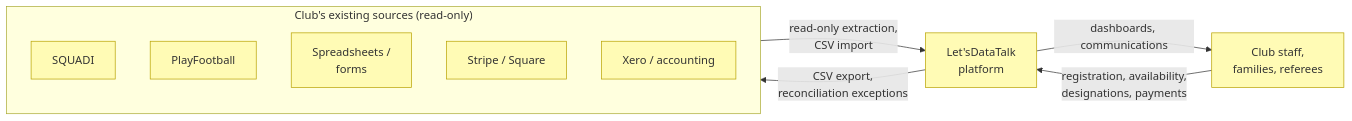
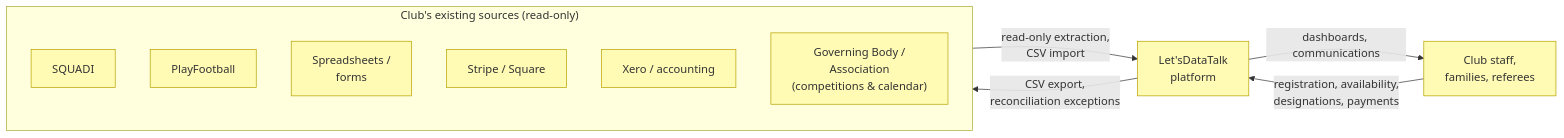
One commit to DataME2/ia-architect changed the diagram in docs/ea/2_business/5_domain-context-and-rules.md. Above: the diagram before and after it, drawn with Mermaid. The commit also changed other lines of this file and 11 other files, not shown here.

First line of the commit message:
docs: add competitions and calendar per season to the EA business layer

````diff
--- a/docs/ea/2_business/5_domain-context-and-rules.md
+++ b/docs/ea/2_business/5_domain-context-and-rules.md
@@ -24,20 +24,21 @@
 ```mermaid
 flowchart LR
   subgraph EXT["Club's existing sources (read-only)"]
     squadi["SQUADI"]:::business
     playfootball["PlayFootball"]:::business
     sheets["Spreadsheets /<br>forms"]:::business
     pay["Stripe / Square"]:::business
     acct["Xero / accounting"]:::business
+    assoc["Governing Body /<br>Association<br>(competitions & calendar)"]:::business
   end
 
   ldt["Let'sDataTalk<br>platform"]:::business
   users["Club staff,<br>families, referees"]:::business
 
   EXT -->|read-only extraction,<br>CSV import| ldt
   ldt -->|CSV export,<br>reconciliation exceptions| EXT
   users -->|registration, availability,<br>designations, payments| ldt
   ldt -->|dashboards, communications| users
 
   classDef business fill:#fffbb5,stroke:#b8a200,color:#333
 ```
````
